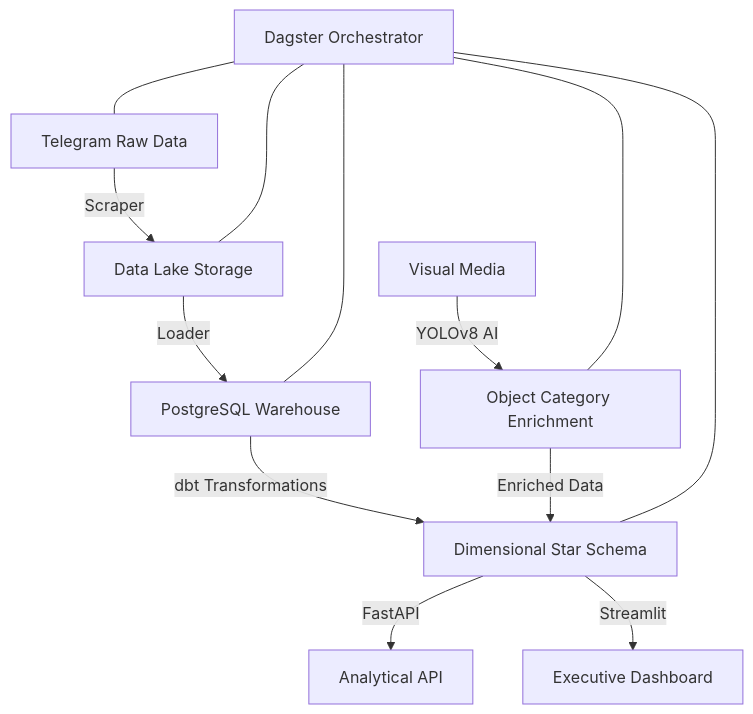
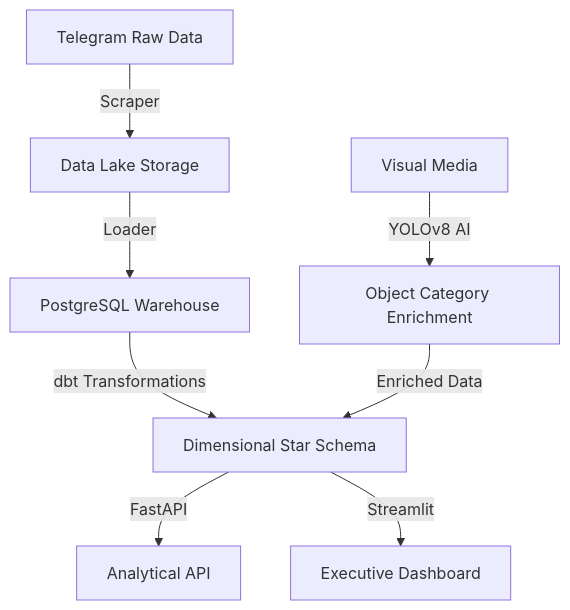
The diagram in README.md (gashawbekele06/Week12-medical-telegram-warehouse), drawn with Mermaid before and after one commit. The commit also changed other lines of this file, not shown here.

Commit message:
docs: Remove Dagster Orchestrator connections from the README diagram.

````diff
--- a/README.md
+++ b/README.md
@@ -39,15 +33,10 @@
 ```mermaid
 graph TD
     A[Telegram Raw Data] -->|Scraper| B[Data Lake Storage]
     B -->|Loader| C[PostgreSQL Warehouse]
     C -->|dbt Transformations| D[Dimensional Star Schema]
     E[Visual Media] -->|YOLOv8 AI| F[Object Category Enrichment]
     F -->|Enriched Data| D
     D -->|FastAPI| G[Analytical API]
     D -->|Streamlit| H[Executive Dashboard]
-    I[Dagster Orchestrator] --- A
-    I --- B
-    I --- C
-    I --- D
-    I --- F
 ```
````
